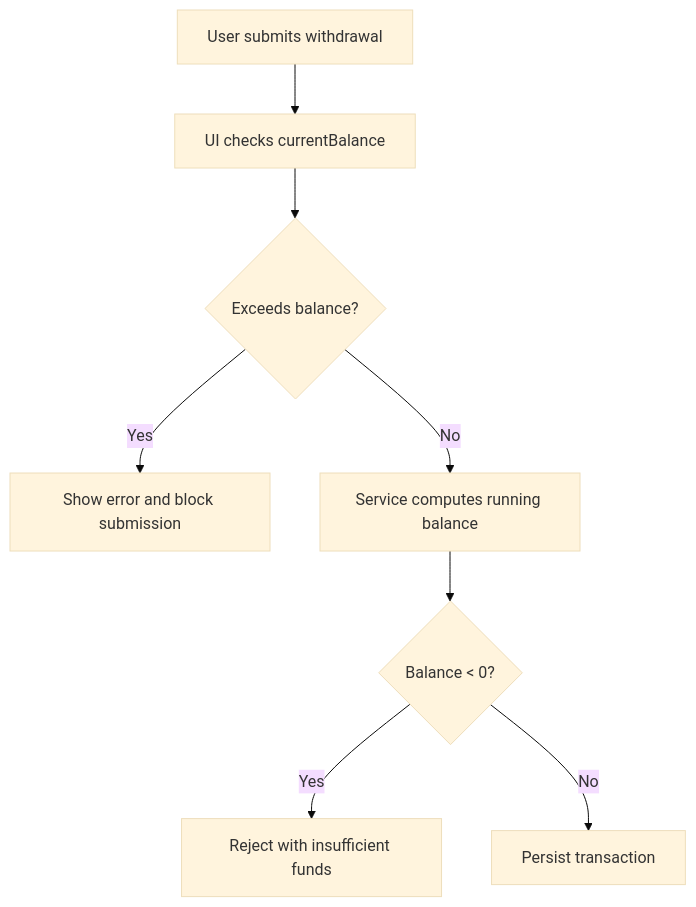
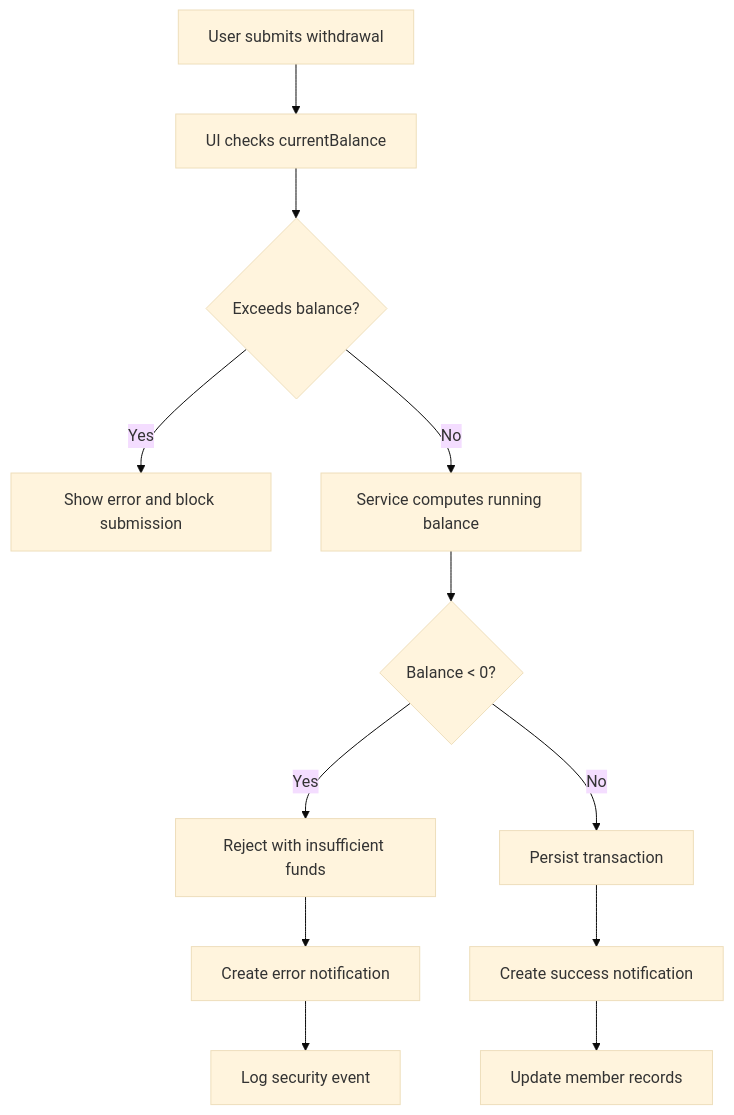
Before and after one commit to Unsure-bry/sampacoop_system: the fifth of 6 diagrams in .qoder/repowiki/en/content/Savings Management System/Savings Transactions Processing.md, drawn with Mermaid (base theme). The commit also changed other lines of this file and 12 other files, not shown here.

````diff
--- a/.qoder/repowiki/en/content/Savings Management System/Savings Transactions Processing.md
+++ b/.qoder/repowiki/en/content/Savings Management System/Savings Transactions Processing.md
@@ -248,10 +400,14 @@
 ```mermaid
 flowchart TD
 A["User submits withdrawal"] --> B["UI checks currentBalance"]
 B --> C{"Exceeds balance?"}
 C --> |Yes| D["Show error and block submission"]
 C --> |No| E["Service computes running balance"]
 E --> F{"Balance < 0?"}
 F --> |Yes| G["Reject with insufficient funds"]
 F --> |No| H["Persist transaction"]
+G --> I["Create error notification"]
+I --> J["Log security event"]
+H --> K["Create success notification"]
+K --> L["Update member records"]
 ```
````
